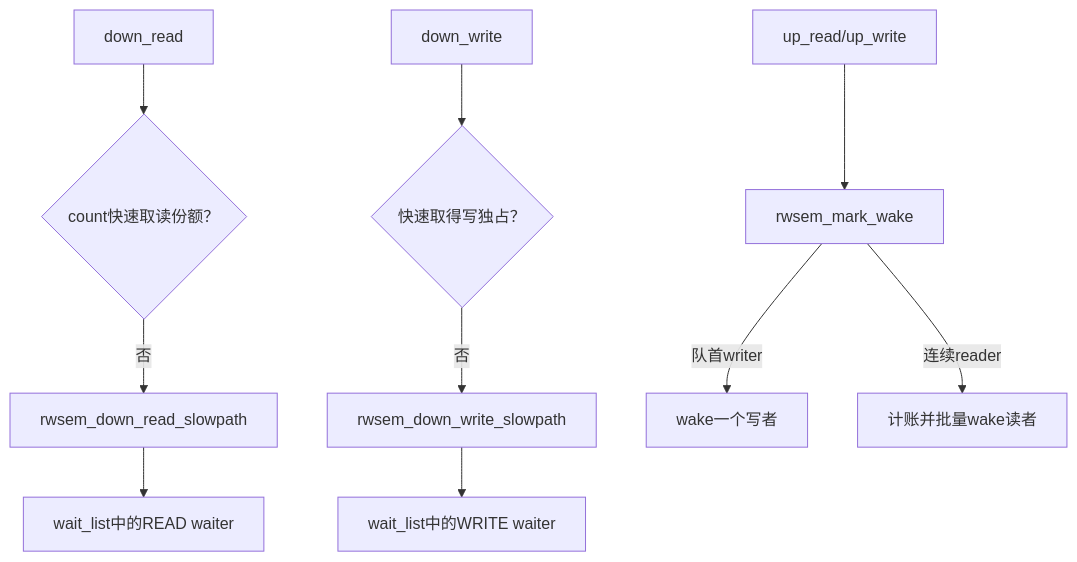
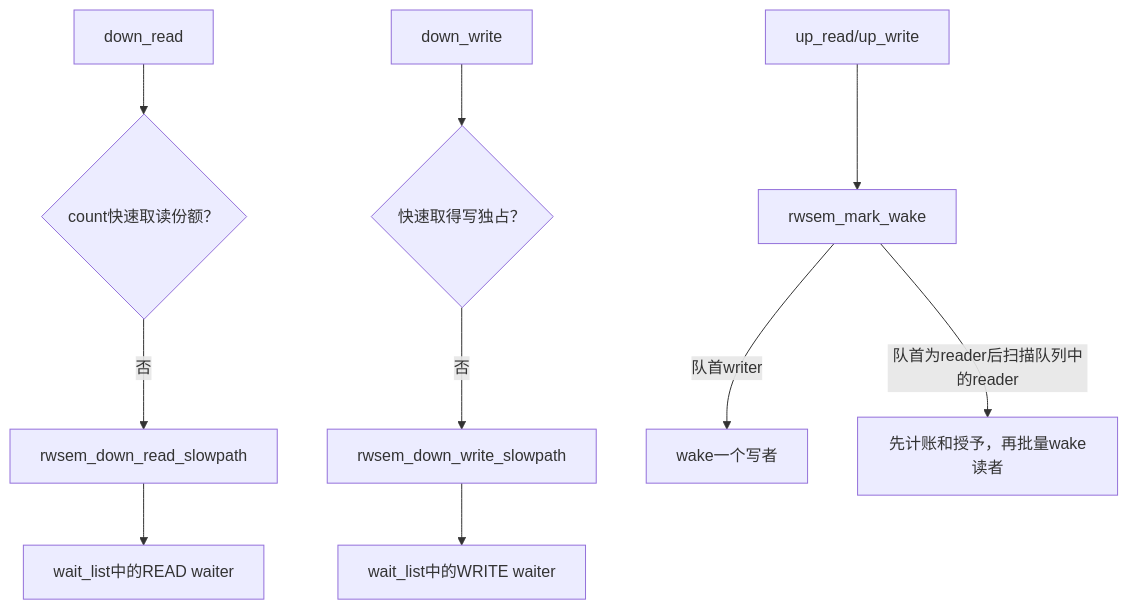
The second of 2 diagrams in research/source_reading/locking/navigation/P03_Linux_6.12_mutex与rwsem模块源码概念导读.md (FormingSystem/linux_note), drawn with Mermaid before and after one commit. The commit also changed 7 other files, not shown here.

````diff
--- a/research/source_reading/locking/navigation/P03_Linux_6.12_mutex与rwsem模块源码概念导读.md
+++ b/research/source_reading/locking/navigation/P03_Linux_6.12_mutex与rwsem模块源码概念导读.md
@@ -51,12 +51,12 @@
 ```mermaid
 flowchart TD
     R["down_read"] --> RF{"count快速取读份额？"}
     RF -->|"否"| RS["rwsem_down_read_slowpath"]
     W["down_write"] --> WF{"快速取得写独占？"}
     WF -->|"否"| WS["rwsem_down_write_slowpath"]
     RS --> Q["wait_list中的READ waiter"]
     WS --> Q2["wait_list中的WRITE waiter"]
     U["up_read/up_write"] --> MW["rwsem_mark_wake"]
     MW -->|"队首writer"| ONE["wake一个写者"]
-    MW -->|"连续reader"| MANY["计账并批量wake读者"]
+    MW -->|"队首为reader后扫描队列中的reader"| MANY["先计账和授予，再批量wake读者"]
 ```
````
